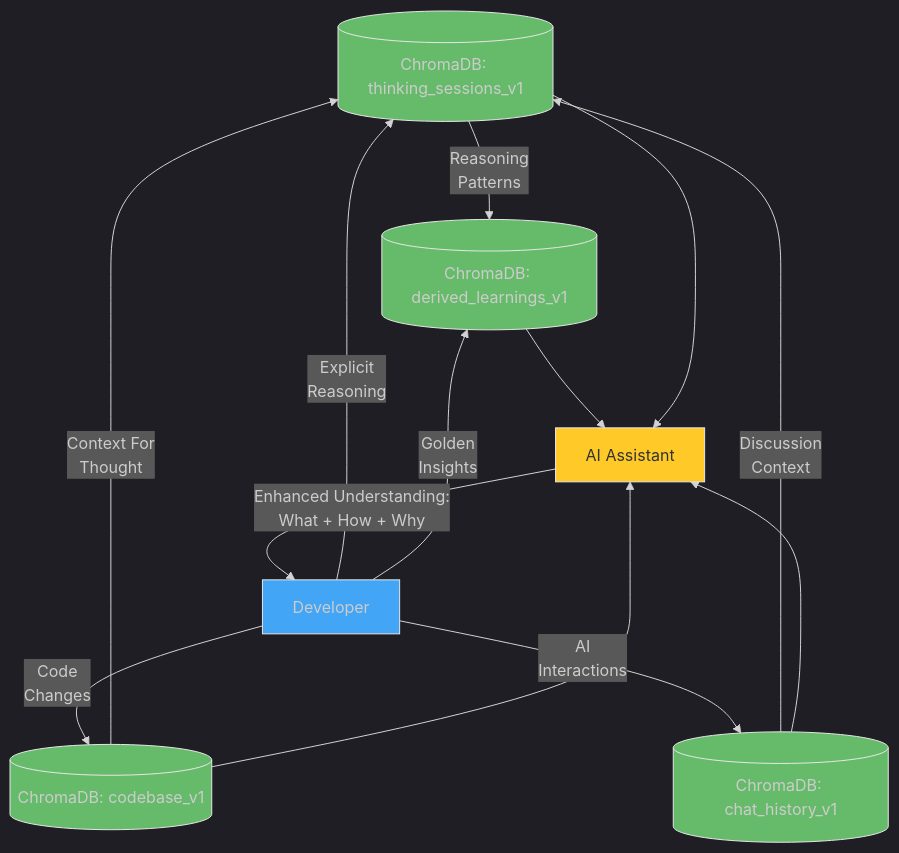
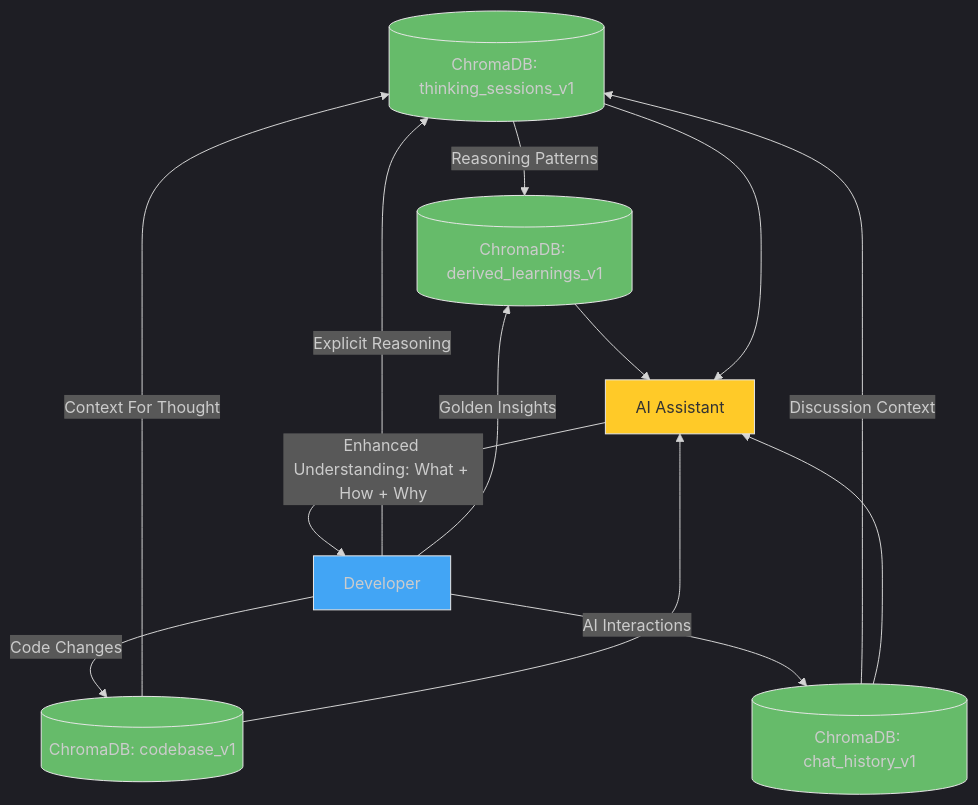
The seventh of 8 diagrams in docs/thinking_tools/sequential_thinking.md (somebloke1/chroma_mcp_server), drawn with Mermaid before and after one commit. The commit also changed other lines of this file and 19 other files, not shown here.

````diff
--- a/docs/thinking_tools/sequential_thinking.md
+++ b/docs/thinking_tools/sequential_thinking.md
@@ -381,26 +381,26 @@
 ```mermaid
 %%{init: {'theme': 'dark'}}%%
 flowchart TD
-    A[(ChromaDB: thinking_sessions_v1)] -- "Reasoning\nPatterns" --> B[(ChromaDB: derived_learnings_v1)]
-    C[(ChromaDB: codebase_v1)] -- "Context For\nThought" --> A
-    D[(ChromaDB: chat_history_v1)] -- "Discussion\nContext" --> A
+    A[(ChromaDB: thinking_sessions_v1)] -- "Reasoning Patterns" --> B[(ChromaDB: derived_learnings_v1)]
+    C[(ChromaDB: codebase_v1)] -- "Context For Thought" --> A
+    D[(ChromaDB: chat_history_v1)] -- "Discussion Context" --> A
     
     B --> E[AI Assistant]
     C --> E
     D --> E
     A --> E
     
-    E -- "Enhanced Understanding:\nWhat + How + Why" --> F[Developer]
+    E -- "Enhanced Understanding: What + How + Why" --> F[Developer]
     
-    F -- "Explicit\nReasoning" --> A
-    F -- "Code\nChanges" --> C
-    F -- "AI\nInteractions" --> D
-    F -- "Golden\nInsights" --> B
+    F -- "Explicit Reasoning" --> A
+    F -- "Code Changes" --> C
+    F -- "AI Interactions" --> D
+    F -- "Golden Insights" --> B
 
     style A fill:#66BB6A,stroke:#E6E6E6,stroke-width:1px
     style B fill:#66BB6A,stroke:#E6E6E6,stroke-width:1px
     style C fill:#66BB6A,stroke:#E6E6E6,stroke-width:1px
     style D fill:#66BB6A,stroke:#E6E6E6,stroke-width:1px
     style E fill:#FFCA28,stroke:#E6E6E6,stroke-width:1px,color:#333333
     style F fill:#42A5F5,stroke:#E6E6E6,stroke-width:1px
 ```
````
